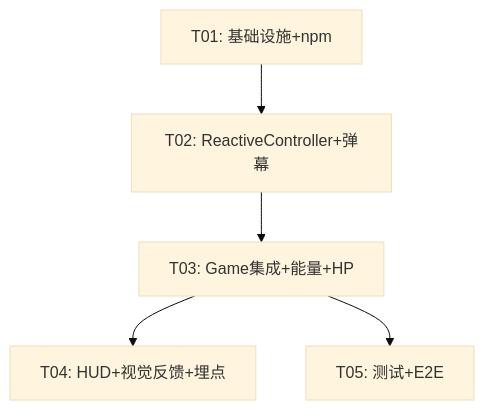
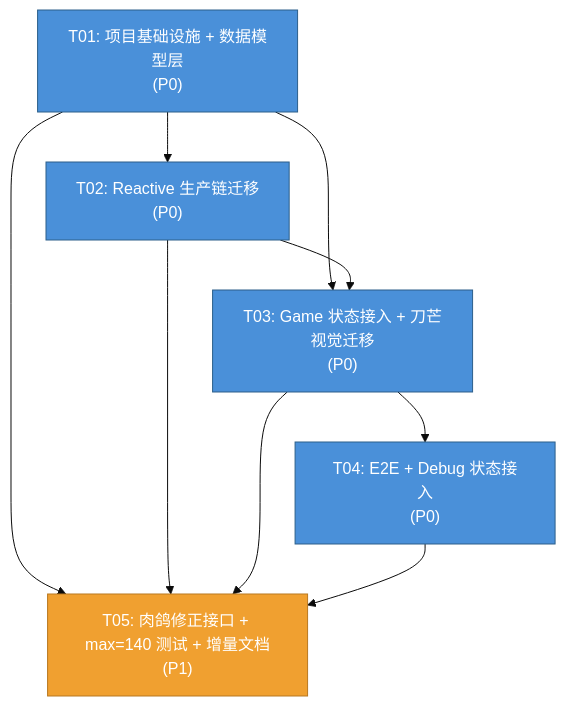
The third of 3 diagrams in docs/system_design.md (HubinAI/one-blade-h5-prototype), drawn with Mermaid (base theme) before and after one commit. The commit also changed other lines of this file and 19 other files, not shown here.

````diff
--- a/docs/system_design.md
+++ b/docs/system_design.md
@@ -398,7 +472,17 @@
 ```mermaid
 graph TD
-    T01["T01: 基础设施+npm"] --> T02["T02: ReactiveController+弹幕"]
-    T02 --> T03["T03: Game集成+能量+HP"]
-    T03 --> T04["T04: HUD+视觉反馈+埋点"]
-    T03 --> T05["T05: 测试+E2E"]
+    T01["T01: 项目基础设施 + 数据模型层<br/>(P0)"] --> T02["T02: Reactive 生产链迁移<br/>(P0)"]
+    T01 --> T03["T03: Game 状态接入 + 刀芒视觉迁移<br/>(P0)"]
+    T02 --> T03
+    T03 --> T04["T04: E2E + Debug 状态接入<br/>(P0)"]
+    T01 --> T05["T05: 肉鸽修正接口 + max=140 测试 + 增量文档<br/>(P1)"]
+    T02 --> T05
+    T03 --> T05
+    T04 --> T05
+
+    style T01 fill:#4a90d9,stroke:#2c5f8a,color:#fff
+    style T02 fill:#4a90d9,stroke:#2c5f8a,color:#fff
+    style T03 fill:#4a90d9,stroke:#2c5f8a,color:#fff
+    style T04 fill:#4a90d9,stroke:#2c5f8a,color:#fff
+    style T05 fill:#f0a030,stroke:#b87820,color:#fff
 ```
````
